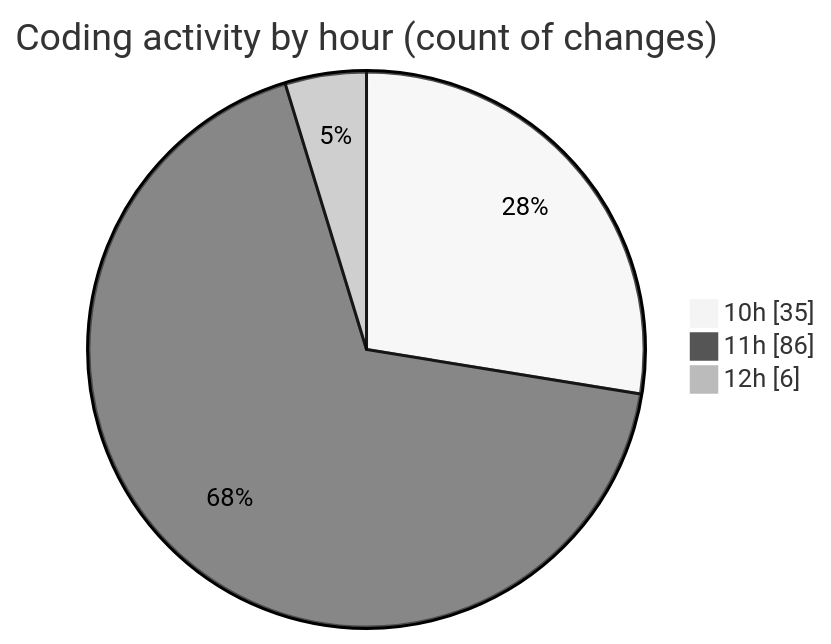
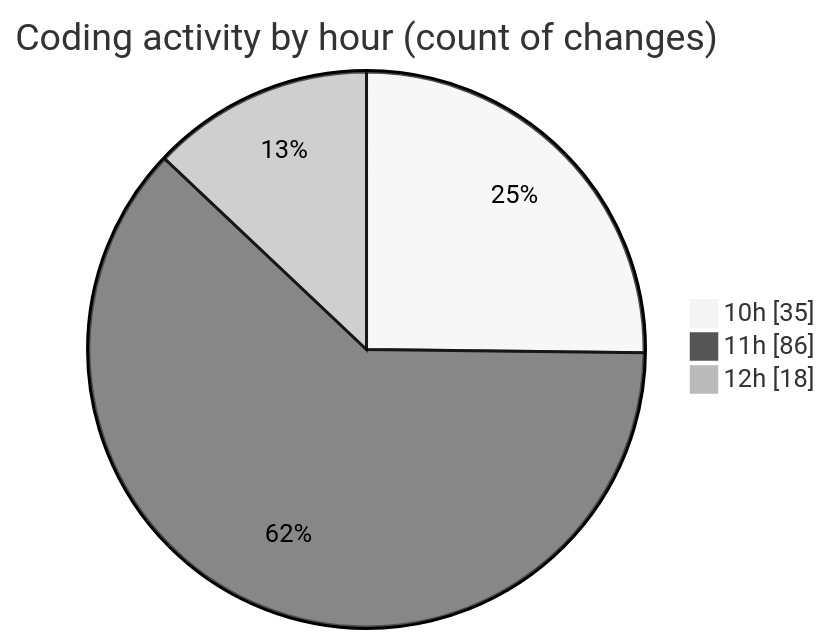
Before and after one commit to momahboobian/code-tracking: the second of 2 diagrams in 2025-03-28/cda/README.md, drawn with Mermaid (neutral theme). The commit also changed other lines of this file and 1 other file, not shown here.

````diff
--- a/2025-03-28/cda/README.md
+++ b/2025-03-28/cda/README.md
@@ -32,7 +32,7 @@
 ```mermaid
 pie showData
 title Coding activity by hour (count of changes)
 "10h" : 35
 "11h" : 86
-"12h" : 6
+"12h" : 18
 ```
````
